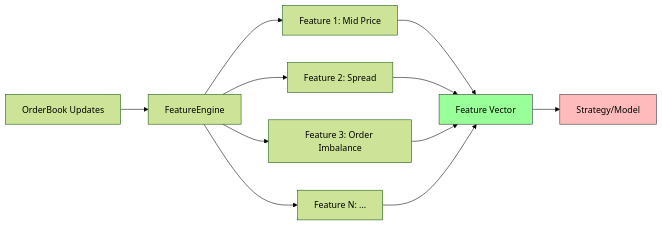
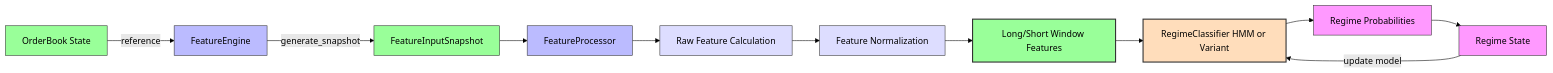
Before and after one commit to JackDamato/micro-regime-propogation: the seventh of 9 diagrams in docs/architecture.md, drawn with Mermaid (forest theme). The commit also changed other lines of this file and 136 other files, not shown here.

````diff
--- a/docs/architecture.md
+++ b/docs/architecture.md
@@ -292,16 +344,32 @@
 ```mermaid
 flowchart LR
-    A[OrderBook Updates] --> B[FeatureEngine]
-    B --> C[Feature 1: Mid Price]
-    B --> D[Feature 2: Spread]
-    B --> E[Feature 3: Order Imbalance]
-    B --> F[Feature N: ...]
-    C --> G[Feature Vector]
-    D --> G
-    E --> G
-    F --> G
-    G --> H[Strategy/Model]
+    %% Feature Processing
+    A[OrderBook State] -->|reference| B[FeatureEngine]
+    B -->|generate_snapshot| C[FeatureInputSnapshot]
+    C --> D[FeatureProcessor]
     
-    style G fill:#9f9,stroke:#333
-    style H fill:#fbb,stroke:#333
+    %% Feature Extraction
+    D --> E[Raw Feature Calculation]
+    E --> F[Feature Normalization]
+    F --> G[Long/Short Window Features]
+    
+    %% Regime Classification
+    G --> H[RegimeClassifier HMM or Variant]
+    H --> I[Regime Probabilities]
+    I --> J[Regime State]
+    
+    %% Feedback Loop
+    J -->|update model| H
+    
+    %% Styling
+    style A fill:#9f9,stroke:#333
+    style B fill:#bbf,stroke:#333
+    style C fill:#9f9,stroke:#333
+    style D fill:#bbf,stroke:#333
+    style E fill:#ddf,stroke:#333
+    style F fill:#ddf,stroke:#333
+    style G fill:#9f9,stroke:#333,stroke-width:2px
+    style H fill:#fdb,stroke:#333,stroke-width:2px
+    style I fill:#f9f,stroke:#333
+    style J fill:#f9f,stroke:#333
 ```
````
